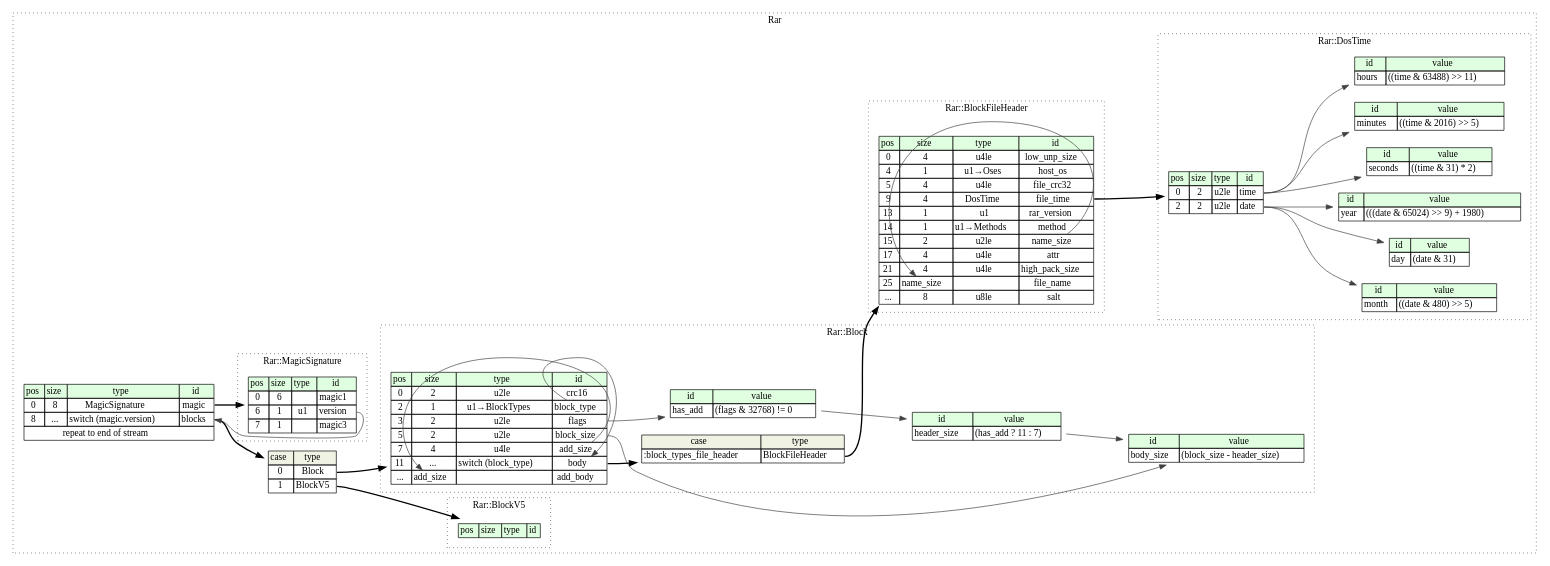
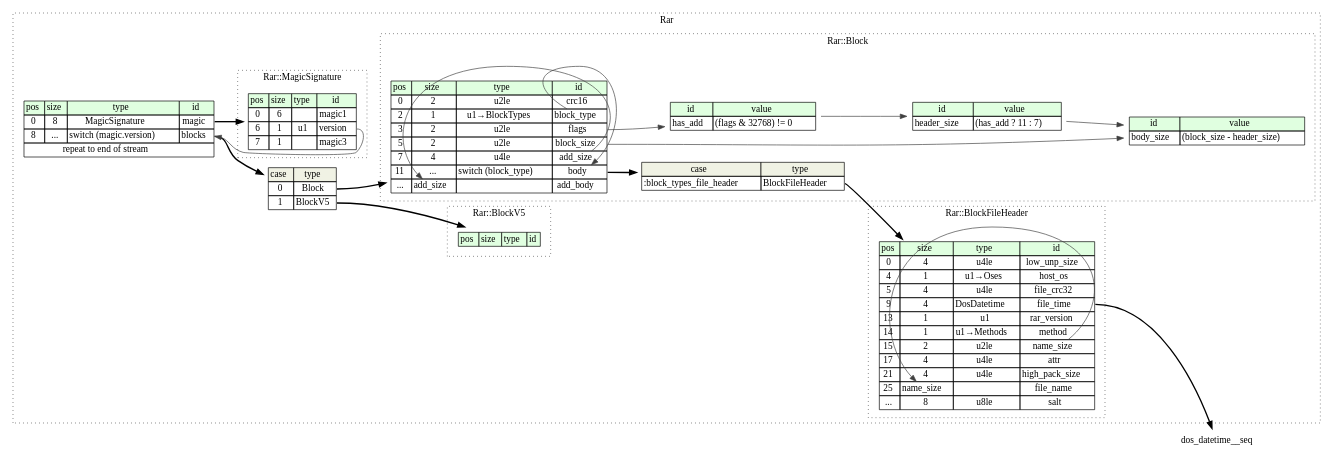
The diagram in rar/src/graphviz/rar.dot (kaitai-io/formats-kaitai-io.github.io), drawn with Graphviz before and after one commit. The commit also changed 174 other files, not shown here.

```diff
--- a/rar/src/graphviz/rar.dot
+++ b/rar/src/graphviz/rar.dot
@@ -1,144 +1,104 @@
 digraph {
 	rankdir=LR;
 	node [shape=plaintext];
 	subgraph cluster__rar {
 		label="Rar";
 		graph[style=dotted];
 
 		rar__seq [label=<<TABLE BORDER="0" CELLBORDER="1" CELLSPACING="0">
 			<TR><TD BGCOLOR="#E0FFE0">pos</TD><TD BGCOLOR="#E0FFE0">size</TD><TD BGCOLOR="#E0FFE0">type</TD><TD BGCOLOR="#E0FFE0">id</TD></TR>
 			<TR><TD PORT="magic_pos">0</TD><TD PORT="magic_size">8</TD><TD>MagicSignature</TD><TD PORT="magic_type">magic</TD></TR>
 			<TR><TD PORT="blocks_pos">8</TD><TD PORT="blocks_size">...</TD><TD>switch (magic.version)</TD><TD PORT="blocks_type">blocks</TD></TR>
 			<TR><TD COLSPAN="4" PORT="blocks__repeat">repeat to end of stream</TD></TR>
 		</TABLE>>];
 rar__seq_blocks_switch [label=<<TABLE BORDER="0" CELLBORDER="1" CELLSPACING="0">
 	<TR><TD BGCOLOR="#F0F2E4">case</TD><TD BGCOLOR="#F0F2E4">type</TD></TR>
 	<TR><TD>0</TD><TD PORT="case0">Block</TD></TR>
 	<TR><TD>1</TD><TD PORT="case1">BlockV5</TD></TR>
 </TABLE>>];
-		subgraph cluster__block_v5 {
-			label="Rar::BlockV5";
+		subgraph cluster__magic_signature {
+			label="Rar::MagicSignature";
 			graph[style=dotted];
 
-			block_v5__seq [label=<<TABLE BORDER="0" CELLBORDER="1" CELLSPACING="0">
+			magic_signature__seq [label=<<TABLE BORDER="0" CELLBORDER="1" CELLSPACING="0">
 				<TR><TD BGCOLOR="#E0FFE0">pos</TD><TD BGCOLOR="#E0FFE0">size</TD><TD BGCOLOR="#E0FFE0">type</TD><TD BGCOLOR="#E0FFE0">id</TD></TR>
+				<TR><TD PORT="magic1_pos">0</TD><TD PORT="magic1_size">6</TD><TD></TD><TD PORT="magic1_type">magic1</TD></TR>
+				<TR><TD PORT="version_pos">6</TD><TD PORT="version_size">1</TD><TD>u1</TD><TD PORT="version_type">version</TD></TR>
+				<TR><TD PORT="magic3_pos">7</TD><TD PORT="magic3_size">1</TD><TD></TD><TD PORT="magic3_type">magic3</TD></TR>
 			</TABLE>>];
 		}
 		subgraph cluster__block {
 			label="Rar::Block";
 			graph[style=dotted];
 
 			block__seq [label=<<TABLE BORDER="0" CELLBORDER="1" CELLSPACING="0">
 				<TR><TD BGCOLOR="#E0FFE0">pos</TD><TD BGCOLOR="#E0FFE0">size</TD><TD BGCOLOR="#E0FFE0">type</TD><TD BGCOLOR="#E0FFE0">id</TD></TR>
 				<TR><TD PORT="crc16_pos">0</TD><TD PORT="crc16_size">2</TD><TD>u2le</TD><TD PORT="crc16_type">crc16</TD></TR>
 				<TR><TD PORT="block_type_pos">2</TD><TD PORT="block_type_size">1</TD><TD>u1→BlockTypes</TD><TD PORT="block_type_type">block_type</TD></TR>
 				<TR><TD PORT="flags_pos">3</TD><TD PORT="flags_size">2</TD><TD>u2le</TD><TD PORT="flags_type">flags</TD></TR>
 				<TR><TD PORT="block_size_pos">5</TD><TD PORT="block_size_size">2</TD><TD>u2le</TD><TD PORT="block_size_type">block_size</TD></TR>
 				<TR><TD PORT="add_size_pos">7</TD><TD PORT="add_size_size">4</TD><TD>u4le</TD><TD PORT="add_size_type">add_size</TD></TR>
 				<TR><TD PORT="body_pos">11</TD><TD PORT="body_size">...</TD><TD>switch (block_type)</TD><TD PORT="body_type">body</TD></TR>
 				<TR><TD PORT="add_body_pos">...</TD><TD PORT="add_body_size">add_size</TD><TD></TD><TD PORT="add_body_type">add_body</TD></TR>
 			</TABLE>>];
 			block__inst__has_add [label=<<TABLE BORDER="0" CELLBORDER="1" CELLSPACING="0">
 				<TR><TD BGCOLOR="#E0FFE0">id</TD><TD BGCOLOR="#E0FFE0">value</TD></TR>
 				<TR><TD>has_add</TD><TD>(flags &amp; 32768) != 0</TD></TR>
 			</TABLE>>];
 			block__inst__header_size [label=<<TABLE BORDER="0" CELLBORDER="1" CELLSPACING="0">
 				<TR><TD BGCOLOR="#E0FFE0">id</TD><TD BGCOLOR="#E0FFE0">value</TD></TR>
 				<TR><TD>header_size</TD><TD>(has_add ? 11 : 7)</TD></TR>
 			</TABLE>>];
 			block__inst__body_size [label=<<TABLE BORDER="0" CELLBORDER="1" CELLSPACING="0">
 				<TR><TD BGCOLOR="#E0FFE0">id</TD><TD BGCOLOR="#E0FFE0">value</TD></TR>
 				<TR><TD>body_size</TD><TD>(block_size - header_size)</TD></TR>
 			</TABLE>>];
 block__seq_body_switch [label=<<TABLE BORDER="0" CELLBORDER="1" CELLSPACING="0">
 	<TR><TD BGCOLOR="#F0F2E4">case</TD><TD BGCOLOR="#F0F2E4">type</TD></TR>
 	<TR><TD>:block_types_file_header</TD><TD PORT="case0">BlockFileHeader</TD></TR>
 </TABLE>>];
 		}
 		subgraph cluster__block_file_header {
 			label="Rar::BlockFileHeader";
 			graph[style=dotted];
 
 			block_file_header__seq [label=<<TABLE BORDER="0" CELLBORDER="1" CELLSPACING="0">
 				<TR><TD BGCOLOR="#E0FFE0">pos</TD><TD BGCOLOR="#E0FFE0">size</TD><TD BGCOLOR="#E0FFE0">type</TD><TD BGCOLOR="#E0FFE0">id</TD></TR>
 				<TR><TD PORT="low_unp_size_pos">0</TD><TD PORT="low_unp_size_size">4</TD><TD>u4le</TD><TD PORT="low_unp_size_type">low_unp_size</TD></TR>
 				<TR><TD PORT="host_os_pos">4</TD><TD PORT="host_os_size">1</TD><TD>u1→Oses</TD><TD PORT="host_os_type">host_os</TD></TR>
 				<TR><TD PORT="file_crc32_pos">5</TD><TD PORT="file_crc32_size">4</TD><TD>u4le</TD><TD PORT="file_crc32_type">file_crc32</TD></TR>
-				<TR><TD PORT="file_time_pos">9</TD><TD PORT="file_time_size">4</TD><TD>DosTime</TD><TD PORT="file_time_type">file_time</TD></TR>
+				<TR><TD PORT="file_time_pos">9</TD><TD PORT="file_time_size">4</TD><TD>DosDatetime</TD><TD PORT="file_time_type">file_time</TD></TR>
 				<TR><TD PORT="rar_version_pos">13</TD><TD PORT="rar_version_size">1</TD><TD>u1</TD><TD PORT="rar_version_type">rar_version</TD></TR>
 				<TR><TD PORT="method_pos">14</TD><TD PORT="method_size">1</TD><TD>u1→Methods</TD><TD PORT="method_type">method</TD></TR>
 				<TR><TD PORT="name_size_pos">15</TD><TD PORT="name_size_size">2</TD><TD>u2le</TD><TD PORT="name_size_type">name_size</TD></TR>
 				<TR><TD PORT="attr_pos">17</TD><TD PORT="attr_size">4</TD><TD>u4le</TD><TD PORT="attr_type">attr</TD></TR>
 				<TR><TD PORT="high_pack_size_pos">21</TD><TD PORT="high_pack_size_size">4</TD><TD>u4le</TD><TD PORT="high_pack_size_type">high_pack_size</TD></TR>
 				<TR><TD PORT="file_name_pos">25</TD><TD PORT="file_name_size">name_size</TD><TD></TD><TD PORT="file_name_type">file_name</TD></TR>
 				<TR><TD PORT="salt_pos">...</TD><TD PORT="salt_size">8</TD><TD>u8le</TD><TD PORT="salt_type">salt</TD></TR>
 			</TABLE>>];
 		}
-		subgraph cluster__magic_signature {
-			label="Rar::MagicSignature";
+		subgraph cluster__block_v5 {
+			label="Rar::BlockV5";
 			graph[style=dotted];
 
-			magic_signature__seq [label=<<TABLE BORDER="0" CELLBORDER="1" CELLSPACING="0">
+			block_v5__seq [label=<<TABLE BORDER="0" CELLBORDER="1" CELLSPACING="0">
 				<TR><TD BGCOLOR="#E0FFE0">pos</TD><TD BGCOLOR="#E0FFE0">size</TD><TD BGCOLOR="#E0FFE0">type</TD><TD BGCOLOR="#E0FFE0">id</TD></TR>
-				<TR><TD PORT="magic1_pos">0</TD><TD PORT="magic1_size">6</TD><TD></TD><TD PORT="magic1_type">magic1</TD></TR>
-				<TR><TD PORT="version_pos">6</TD><TD PORT="version_size">1</TD><TD>u1</TD><TD PORT="version_type">version</TD></TR>
-				<TR><TD PORT="magic3_pos">7</TD><TD PORT="magic3_size">1</TD><TD></TD><TD PORT="magic3_type">magic3</TD></TR>
-			</TABLE>>];
-		}
-		subgraph cluster__dos_time {
-			label="Rar::DosTime";
-			graph[style=dotted];
-
-			dos_time__seq [label=<<TABLE BORDER="0" CELLBORDER="1" CELLSPACING="0">
-				<TR><TD BGCOLOR="#E0FFE0">pos</TD><TD BGCOLOR="#E0FFE0">size</TD><TD BGCOLOR="#E0FFE0">type</TD><TD BGCOLOR="#E0FFE0">id</TD></TR>
-				<TR><TD PORT="time_pos">0</TD><TD PORT="time_size">2</TD><TD>u2le</TD><TD PORT="time_type">time</TD></TR>
-				<TR><TD PORT="date_pos">2</TD><TD PORT="date_size">2</TD><TD>u2le</TD><TD PORT="date_type">date</TD></TR>
-			</TABLE>>];
-			dos_time__inst__month [label=<<TABLE BORDER="0" CELLBORDER="1" CELLSPACING="0">
-				<TR><TD BGCOLOR="#E0FFE0">id</TD><TD BGCOLOR="#E0FFE0">value</TD></TR>
-				<TR><TD>month</TD><TD>((date &amp; 480) &gt;&gt; 5)</TD></TR>
-			</TABLE>>];
-			dos_time__inst__seconds [label=<<TABLE BORDER="0" CELLBORDER="1" CELLSPACING="0">
-				<TR><TD BGCOLOR="#E0FFE0">id</TD><TD BGCOLOR="#E0FFE0">value</TD></TR>
-				<TR><TD>seconds</TD><TD>((time &amp; 31) * 2)</TD></TR>
-			</TABLE>>];
-			dos_time__inst__year [label=<<TABLE BORDER="0" CELLBORDER="1" CELLSPACING="0">
-				<TR><TD BGCOLOR="#E0FFE0">id</TD><TD BGCOLOR="#E0FFE0">value</TD></TR>
-				<TR><TD>year</TD><TD>(((date &amp; 65024) &gt;&gt; 9) + 1980)</TD></TR>
-			</TABLE>>];
-			dos_time__inst__minutes [label=<<TABLE BORDER="0" CELLBORDER="1" CELLSPACING="0">
-				<TR><TD BGCOLOR="#E0FFE0">id</TD><TD BGCOLOR="#E0FFE0">value</TD></TR>
-				<TR><TD>minutes</TD><TD>((time &amp; 2016) &gt;&gt; 5)</TD></TR>
-			</TABLE>>];
-			dos_time__inst__day [label=<<TABLE BORDER="0" CELLBORDER="1" CELLSPACING="0">
-				<TR><TD BGCOLOR="#E0FFE0">id</TD><TD BGCOLOR="#E0FFE0">value</TD></TR>
-				<TR><TD>day</TD><TD>(date &amp; 31)</TD></TR>
-			</TABLE>>];
-			dos_time__inst__hours [label=<<TABLE BORDER="0" CELLBORDER="1" CELLSPACING="0">
-				<TR><TD BGCOLOR="#E0FFE0">id</TD><TD BGCOLOR="#E0FFE0">value</TD></TR>
-				<TR><TD>hours</TD><TD>((time &amp; 63488) &gt;&gt; 11)</TD></TR>
 			</TABLE>>];
 		}
 	}
 	rar__seq:magic_type -> magic_signature__seq [style=bold];
 	rar__seq:blocks_type -> rar__seq_blocks_switch [style=bold];
 	rar__seq_blocks_switch:case0 -> block__seq [style=bold];
 	rar__seq_blocks_switch:case1 -> block_v5__seq [style=bold];
 	magic_signature__seq:version_type -> rar__seq:blocks_type [color="#404040"];
 	block__seq:body_type -> block__seq_body_switch [style=bold];
 	block__seq_body_switch:case0 -> block_file_header__seq [style=bold];
 	block__seq:block_type_type -> block__seq:body_type [color="#404040"];
 	block__seq:add_size_type -> block__seq:add_body_size [color="#404040"];
 	block__seq:flags_type -> block__inst__has_add [color="#404040"];
 	block__inst__has_add:has_add_type -> block__inst__header_size [color="#404040"];
 	block__seq:block_size_type -> block__inst__body_size [color="#404040"];
 	block__inst__header_size:header_size_type -> block__inst__body_size [color="#404040"];
-	block_file_header__seq:file_time_type -> dos_time__seq [style=bold];
+	block_file_header__seq:file_time_type -> dos_datetime__seq [style=bold];
 	block_file_header__seq:name_size_type -> block_file_header__seq:file_name_size [color="#404040"];
-	dos_time__seq:date_type -> dos_time__inst__month [color="#404040"];
-	dos_time__seq:time_type -> dos_time__inst__seconds [color="#404040"];
-	dos_time__seq:date_type -> dos_time__inst__year [color="#404040"];
-	dos_time__seq:time_type -> dos_time__inst__minutes [color="#404040"];
-	dos_time__seq:date_type -> dos_time__inst__day [color="#404040"];
-	dos_time__seq:time_type -> dos_time__inst__hours [color="#404040"];
 }
```
